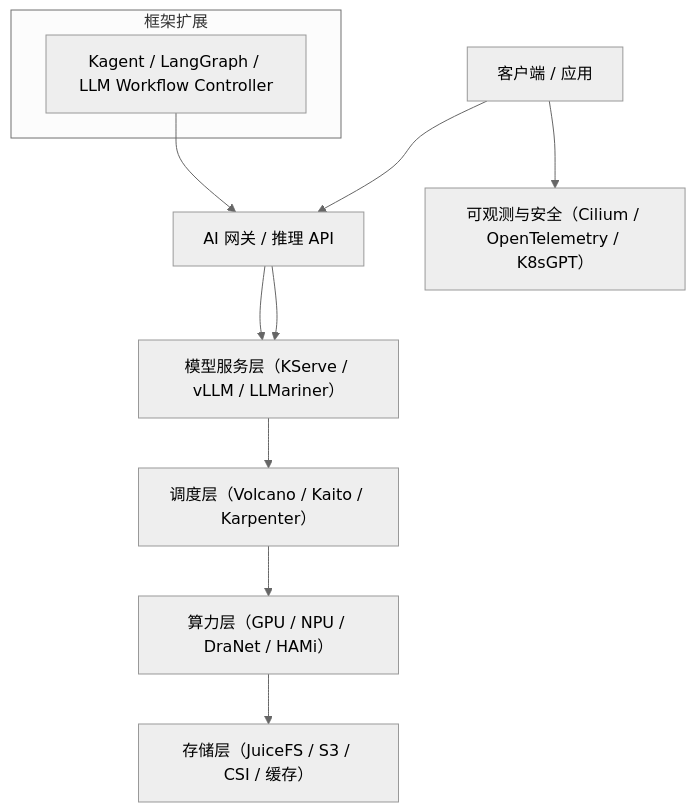
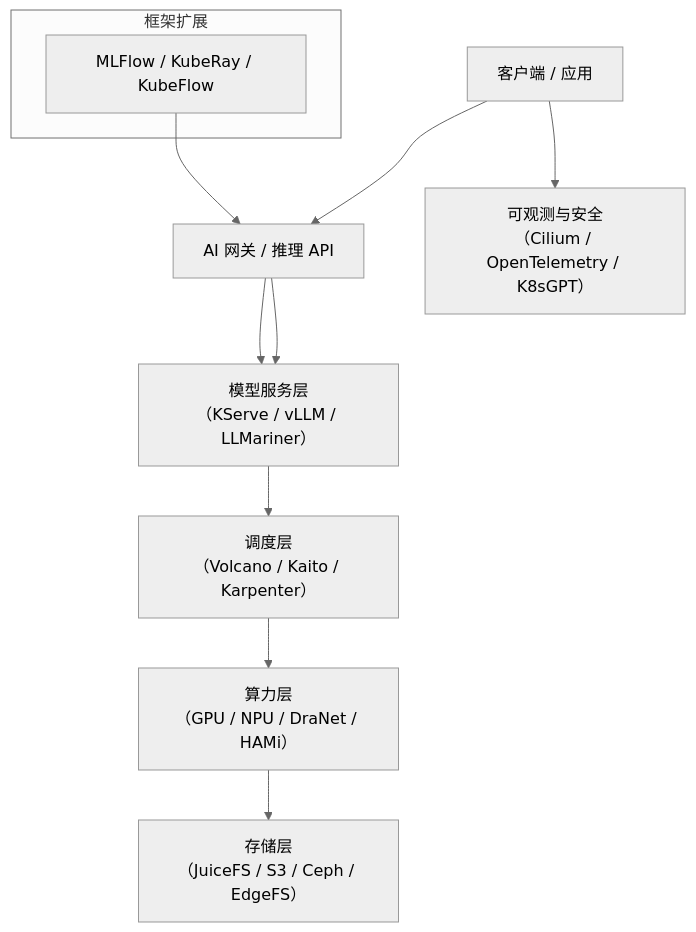
The diagram in ai-native/infrastructure/index.md (rootsongjc/kubernetes-handbook), drawn with Mermaid (neutral theme) before and after one commit. The commit also changed other lines of this file and 1 other file, not shown here.

Commit message:
Update AI infrastructure architecture diagram and modify last modified date
- Updated the last modified date in the index.md file.
- Changed the architecture diagram to include new components and improved formatting for better readability.
- Replaced the old diagram with a new SVG file reflecting the updated architecture.

````diff
--- a/ai-native/infrastructure/index.md
+++ b/ai-native/infrastructure/index.md
@@ -22,14 +22,14 @@
 ```mermaid "Kubernetes AI 技术栈总体架构"
 graph TD
   A[客户端 / 应用] --> B[AI 网关 / 推理 API]
-  B --> C["模型服务层（KServe / vLLM / LLMariner）"]
-  C --> D["调度层（Volcano / Kaito / Karpenter）"]
-  D --> E["算力层（GPU / NPU / DraNet / HAMi）"]
-  E --> F["存储层（JuiceFS / S3 / CSI / 缓存）"]
-  A --> G["可观测与安全（Cilium / OpenTelemetry / K8sGPT）"]
+  B --> C["模型服务层<br/>（KServe / vLLM / LLMariner）"]
+  C --> D["调度层<br/>（Volcano / Kaito / Karpenter）"]
+  D --> E["算力层<br/>（GPU / NPU / DraNet / HAMi）"]
+  E --> F["存储层<br/>（JuiceFS / S3 / Ceph / EdgeFS）"]
+  A --> G["可观测与安全<br/>（Cilium / OpenTelemetry / K8sGPT）"]
   subgraph 框架扩展
-  H[Kagent / LangGraph / LLM Workflow Controller]
+  H[MLFlow / KubeRay / KubeFlow]
   end
   H --> B
   B --> C
 ```
````
